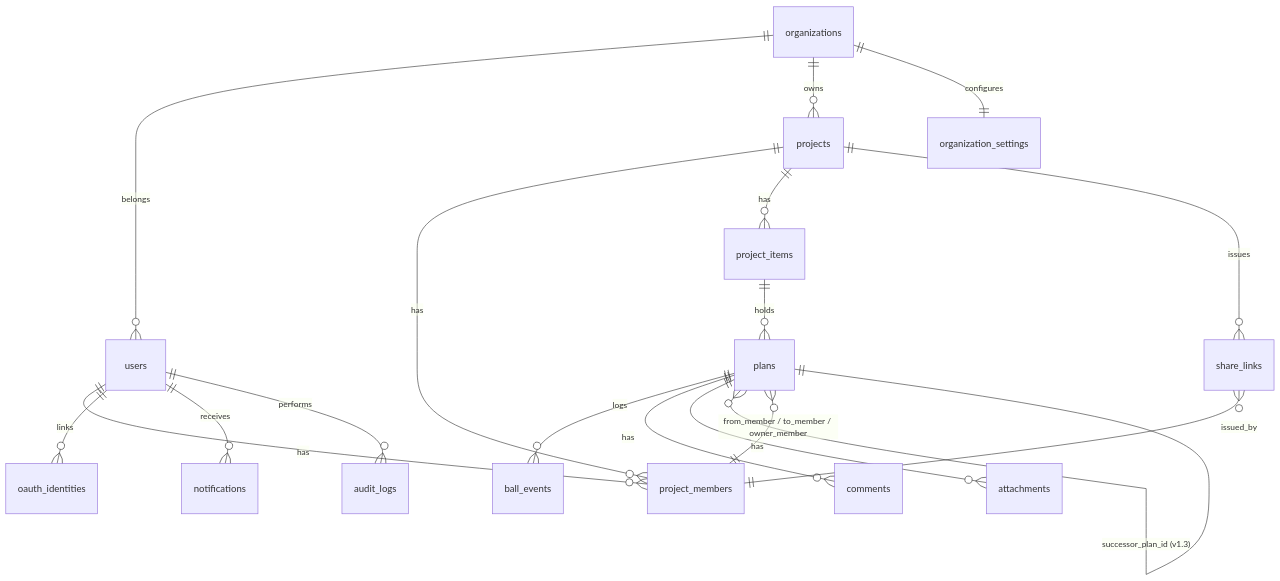
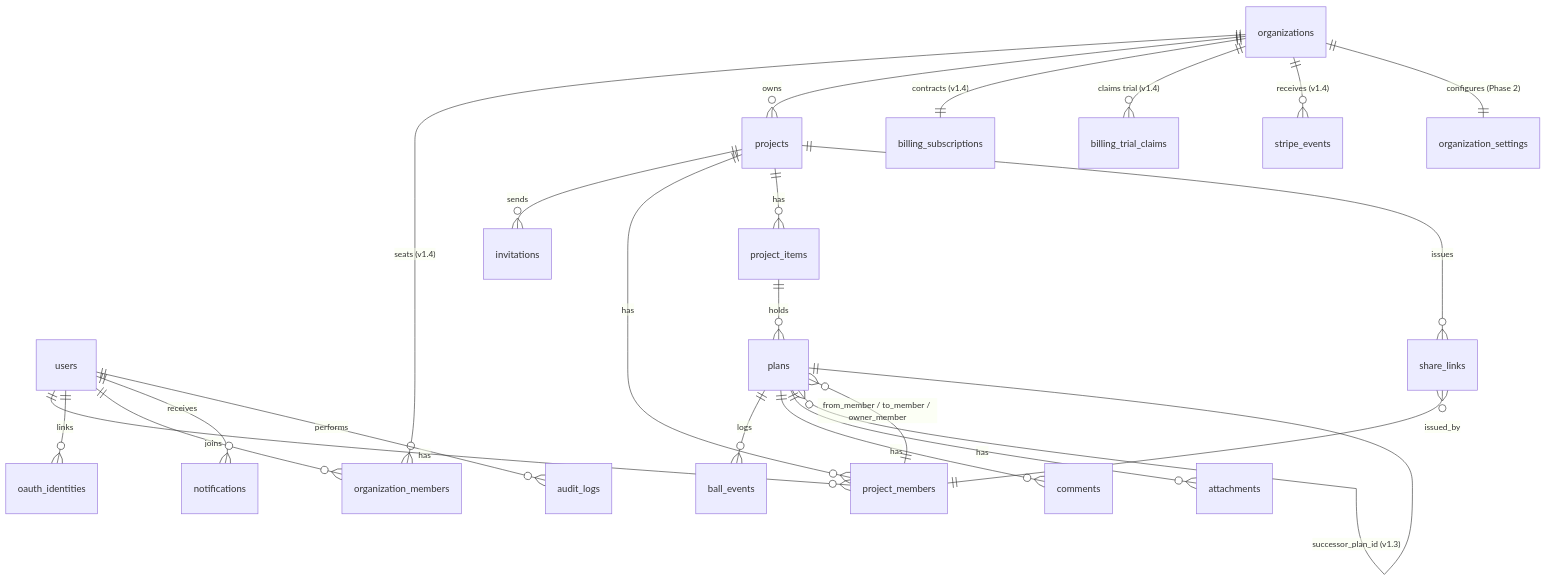
One commit to OSA-OSAMARU/trakon-app changed diagram 14 of 18 in docs/prd/trakon-prd.md. Above: the diagram before and after it, drawn with Mermaid. The commit also changed other lines of this file and 9 other files, not shown here.

````diff
--- a/docs/prd/trakon-prd.md
+++ b/docs/prd/trakon-prd.md
@@ -1390,20 +1545,25 @@
 ```mermaid
 erDiagram
     users ||--o{ project_members : "has"
     users ||--o{ oauth_identities : "links"
-    organizations ||--o{ users : "belongs"
+    users ||--o{ organization_members : "joins"
+    organizations ||--o{ organization_members : "seats (v1.4)"
     organizations ||--o{ projects : "owns"
-    organizations ||--|| organization_settings : "configures"
+    organizations ||--|| billing_subscriptions : "contracts (v1.4)"
+    organizations ||--o{ billing_trial_claims : "claims trial (v1.4)"
+    organizations ||--o{ stripe_events : "receives (v1.4)"
+    organizations ||--|| organization_settings : "configures (Phase 2)"
+    projects ||--o{ invitations : "sends"
     projects ||--o{ project_members : "has"
     projects ||--o{ project_items : "has"
     projects ||--o{ share_links : "issues"
     project_items ||--o{ plans : "holds"
     plans ||--o{ ball_events : "logs"
     plans ||--o{ comments : "has"
     plans ||--o{ attachments : "has"
     plans }o--|| plans : "successor_plan_id (v1.3)"
     users ||--o{ notifications : "receives"
     users ||--o{ audit_logs : "performs"
     plans }o--|| project_members : "from_member / to_member / owner_member"
     share_links }o--|| project_members : "issued_by"
 ```
````
